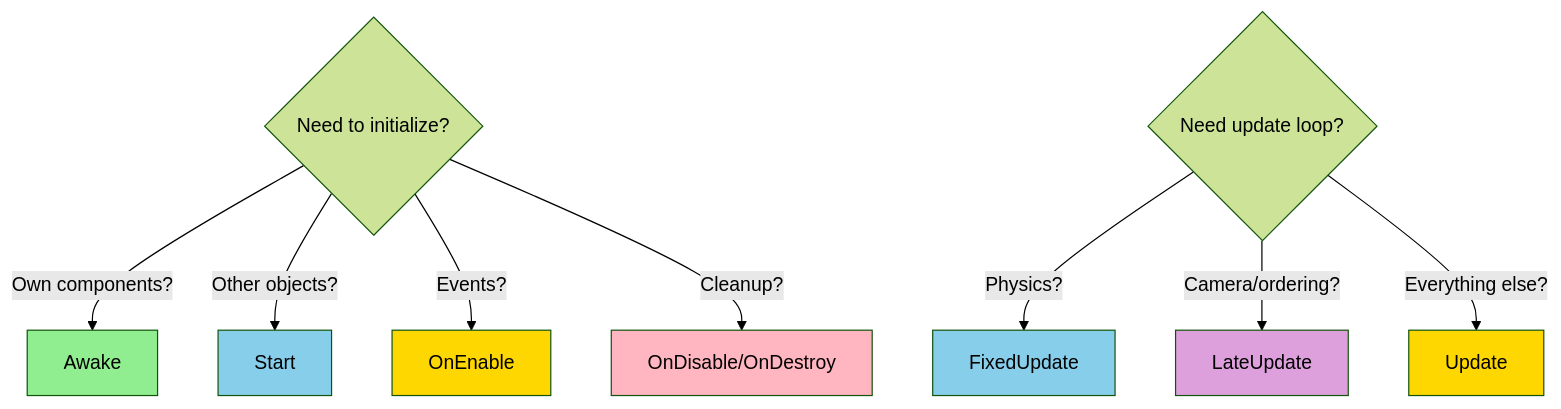
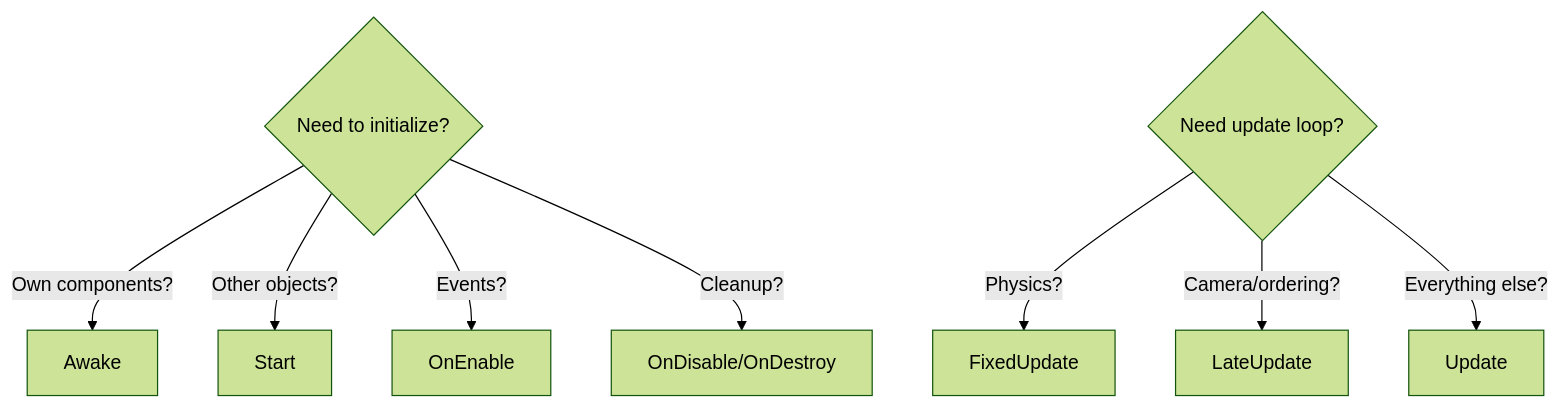
Before and after one commit to wallstop/unity-tips: the fourth of 4 diagrams in docs/best-practices/01-lifecycle-methods.md, drawn with Mermaid (forest theme). The commit also changed other lines of this file and 27 other files, not shown here.

First line of the commit message:
Make Mermaid diagrams theme-aware for GitHub Pages

````diff
--- a/docs/best-practices/01-lifecycle-methods.md
+++ b/docs/best-practices/01-lifecycle-methods.md
@@ -855,21 +839,13 @@
 ```mermaid
 flowchart TD
     A{Need to initialize?}
     A -->|Own components?| B[Awake]
     A -->|Other objects?| C[Start]
     A -->|Events?| D[OnEnable]
     A -->|Cleanup?| E[OnDisable/OnDestroy]
 
     F{Need update loop?}
     F -->|Physics?| G[FixedUpdate]
     F -->|Camera/ordering?| H[LateUpdate]
     F -->|Everything else?| I[Update]
-
-    style B fill:#90EE90
-    style C fill:#87CEEB
-    style D fill:#FFD700
-    style E fill:#FFB6C1
-    style G fill:#87CEEB
-    style H fill:#DDA0DD
-    style I fill:#FFD700
 ```
````
